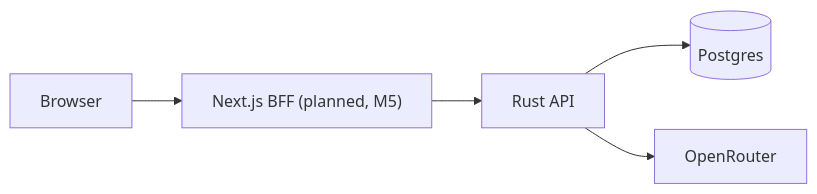
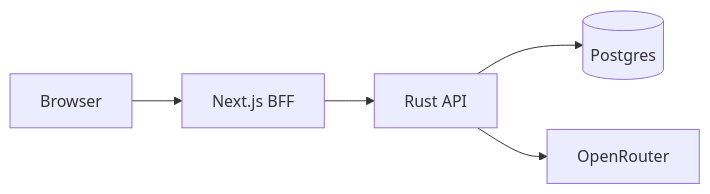
One commit to allwelldotdev/wn-refund-ai changed the second of 2 diagrams in README.md. Above: the diagram before and after it, drawn with Mermaid. The commit also changed other lines of this file, not shown here.

````diff
--- a/README.md
+++ b/README.md
@@ -101,7 +103,7 @@
 ```mermaid
 flowchart LR
-    browser["Browser"] --> bff["Next.js BFF (planned, M5)"]
+    browser["Browser"] --> bff["Next.js BFF"]
     bff --> api["Rust API"]
     api --> pg[("Postgres")]
     api --> openrouter["OpenRouter"]
 ```
````
